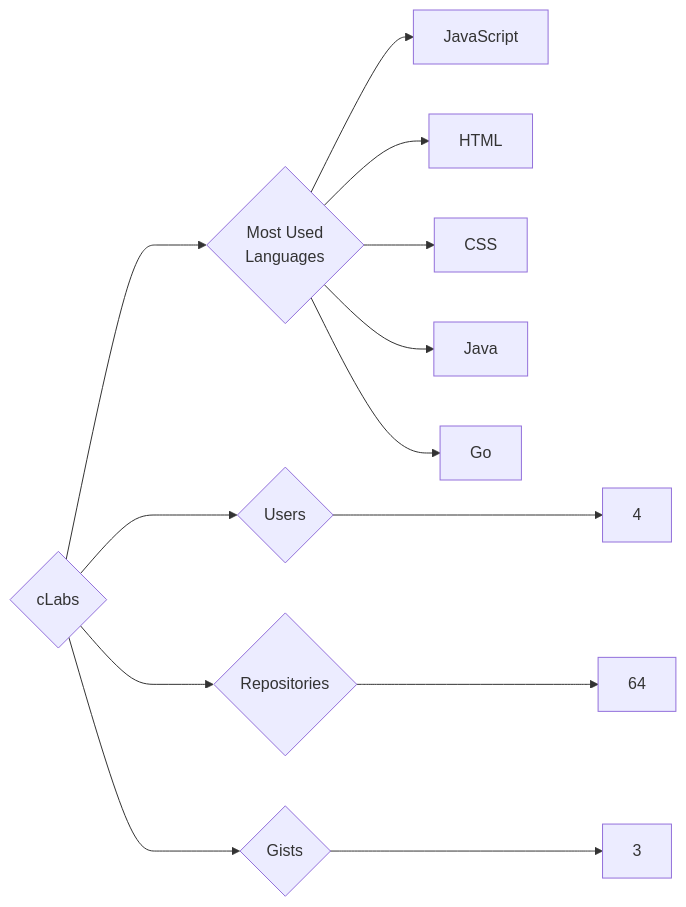
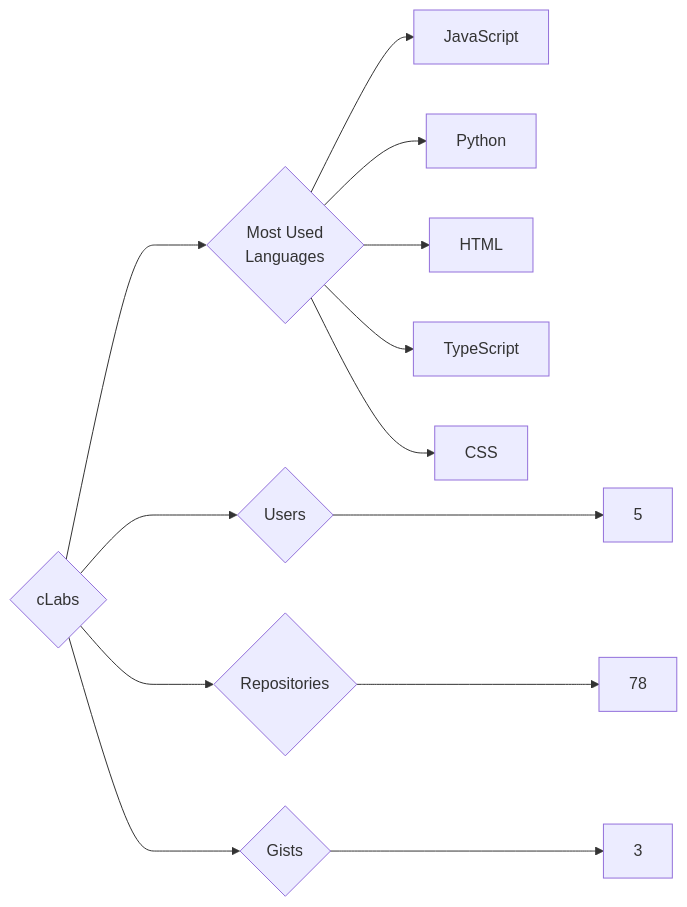
The diagram in targets/cLabs/README.md (trickest/insiders), drawn with Mermaid before and after one commit. The commit also changed 1148 other files, not shown here.

````diff
--- a/targets/cLabs/README.md
+++ b/targets/cLabs/README.md
@@ -3,13 +3,13 @@
 ```mermaid
 graph LR
 COMPANY_NAME{cLabs}
-COMPANY_NAME ---> U{Users} ---> UN[4]
-COMPANY_NAME ---> R{Repositories} ---> RN[64]
+COMPANY_NAME ---> U{Users} ---> UN[5]
+COMPANY_NAME ---> R{Repositories} ---> RN[78]
 COMPANY_NAME ---> G{Gists} ---> GN[3]
 COMPANY_NAME ---> ML{Most Used<br>Languages}
 ML --> JavaScript[JavaScript]
+ML --> Python[Python]
 ML --> HTML[HTML]
+ML --> TypeScript[TypeScript]
 ML --> CSS[CSS]
-ML --> Java[Java]
-ML --> Go[Go]
 ```
````
